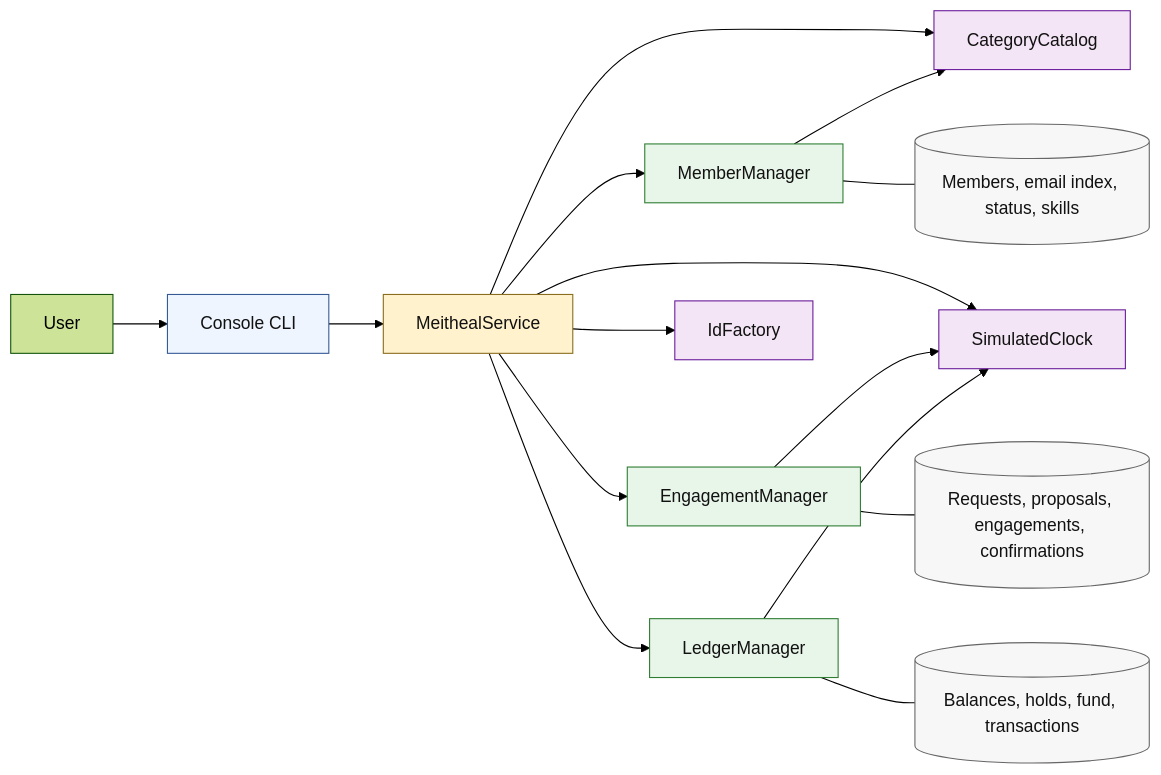
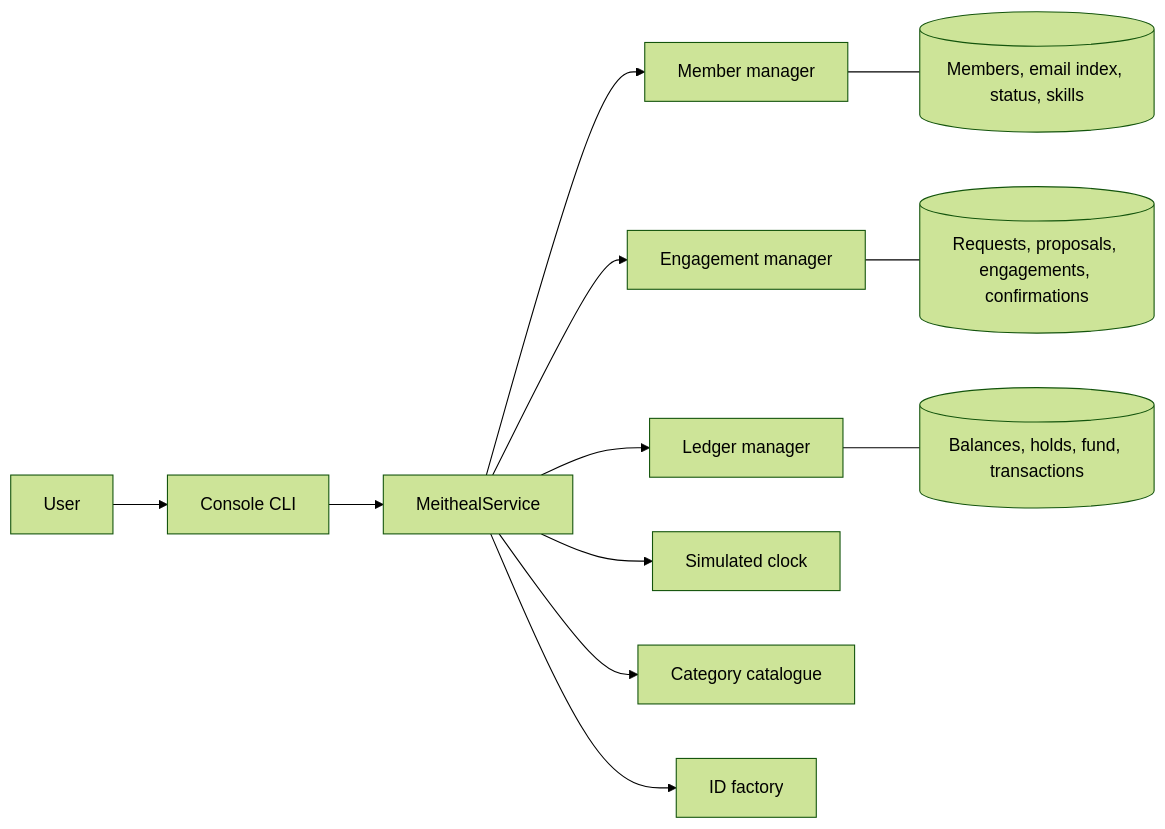
Before and after one commit to MoazMR/COMP41670-Excursions: the diagram in docs/design/Architecture.md, drawn with Mermaid (forest theme). The commit also changed other lines of this file and 2 other files, not shown here.

Commit message:
docs: clarify architecture, contracts, and invariants

````diff
--- a/docs/design/Architecture.md
+++ b/docs/design/Architecture.md
@@ -5,32 +9,15 @@
 ```mermaid
 flowchart LR
     User[User] --> CLI[Console CLI]
     CLI --> Service[MeithealService]
-
-    Service --> Members[MemberManager]
-    Service --> Engagements[EngagementManager]
-    Service --> Ledger[LedgerManager]
-    Service --> Clock[SimulatedClock]
-    Service --> Catalog[CategoryCatalog]
-    Service --> IDs[IdFactory]
-
-    Engagements --> Clock
-    Ledger --> Clock
-    Members --> Catalog
+    Service --> Members[Member manager]
+    Service --> Engagements[Engagement manager]
+    Service --> Ledger[Ledger manager]
+    Service --> Clock[Simulated clock]
+    Service --> Catalogue[Category catalogue]
+    Service --> IDs[ID factory]
 
     Members --- MemberState[(Members, email index, status, skills)]
     Engagements --- WorkState[(Requests, proposals, engagements, confirmations)]
     Ledger --- CreditState[(Balances, holds, fund, transactions)]
-
-    classDef boundary fill:#eef5ff,stroke:#345995,color:#111;
-    classDef service fill:#fff2cc,stroke:#8a6d1d,color:#111;
-    classDef manager fill:#e8f5e9,stroke:#2e7d32,color:#111;
-    classDef infra fill:#f3e5f5,stroke:#6a1b9a,color:#111;
-    classDef state fill:#f7f7f7,stroke:#666,color:#111;
-
-    class CLI boundary;
-    class Service service;
-    class Members,Engagements,Ledger manager;
-    class Clock,Catalog,IDs infra;
-    class MemberState,WorkState,CreditState state;
 ```
````
